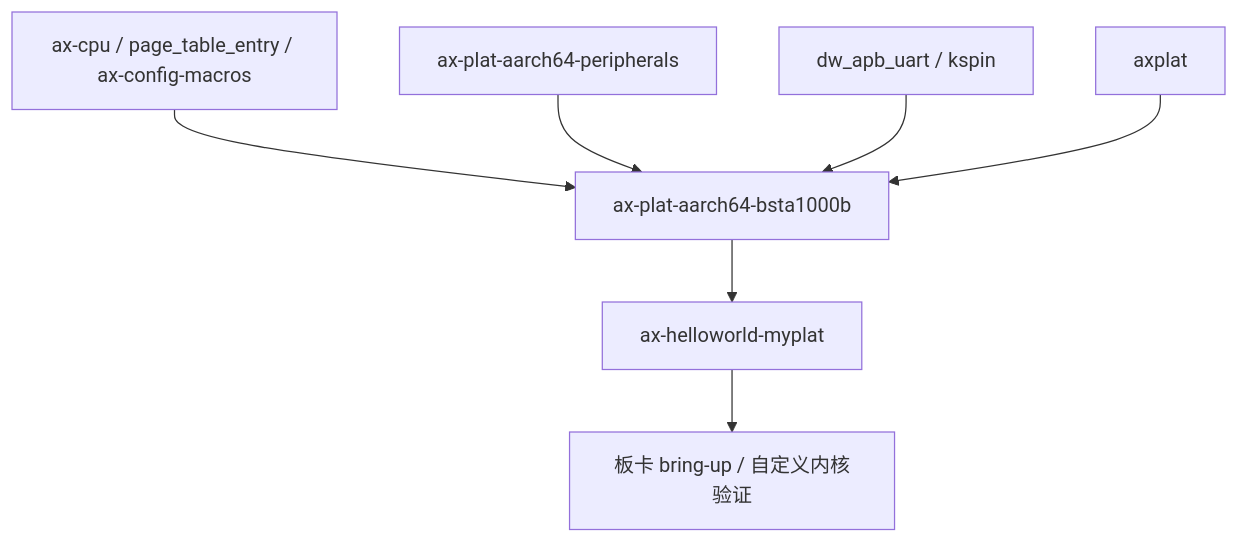
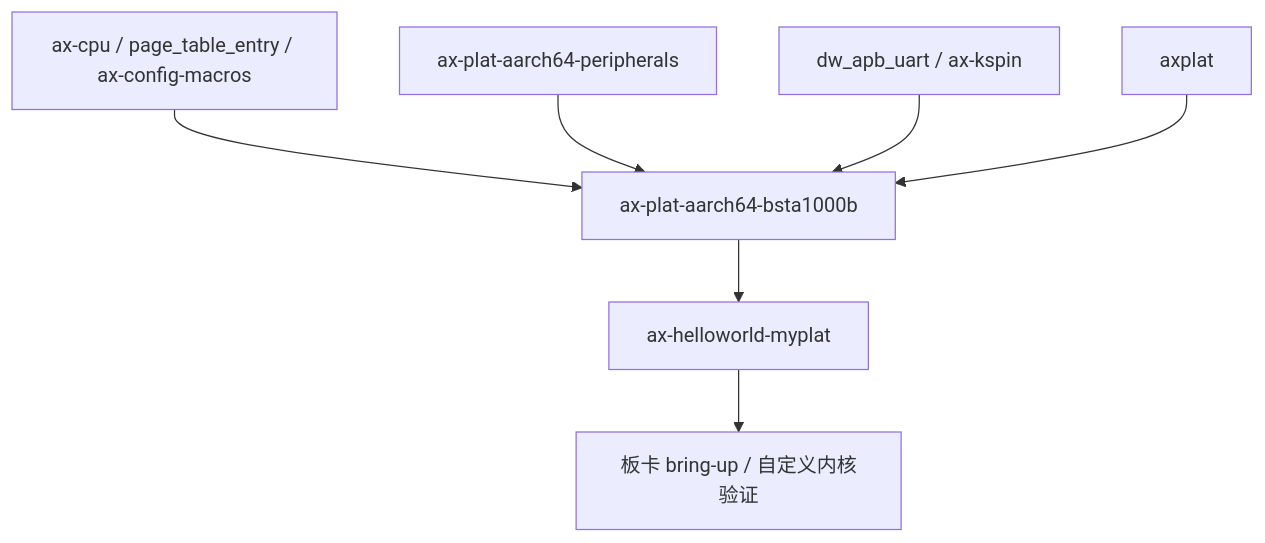
One commit to zKurisu/tgoskits changed the second of 2 diagrams in docs/crates/ax-plat-aarch64-bsta1000b.md. Above: the diagram before and after it, drawn with Mermaid. The commit also changed other lines of this file and 101 other files, not shown here.

````diff
--- a/docs/crates/ax-plat-aarch64-bsta1000b.md
+++ b/docs/crates/ax-plat-aarch64-bsta1000b.md
@@ -161,9 +161,9 @@
 ```mermaid
 graph TD
     A[ax-cpu / page_table_entry / ax-config-macros] --> B[ax-plat-aarch64-bsta1000b]
     C[ax-plat-aarch64-peripherals] --> B
-    D[dw_apb_uart / kspin] --> B
+    D[dw_apb_uart / ax-kspin] --> B
     E[axplat] --> B
     B --> F[ax-helloworld-myplat]
     F --> G[板卡 bring-up / 自定义内核验证]
 ```
````
